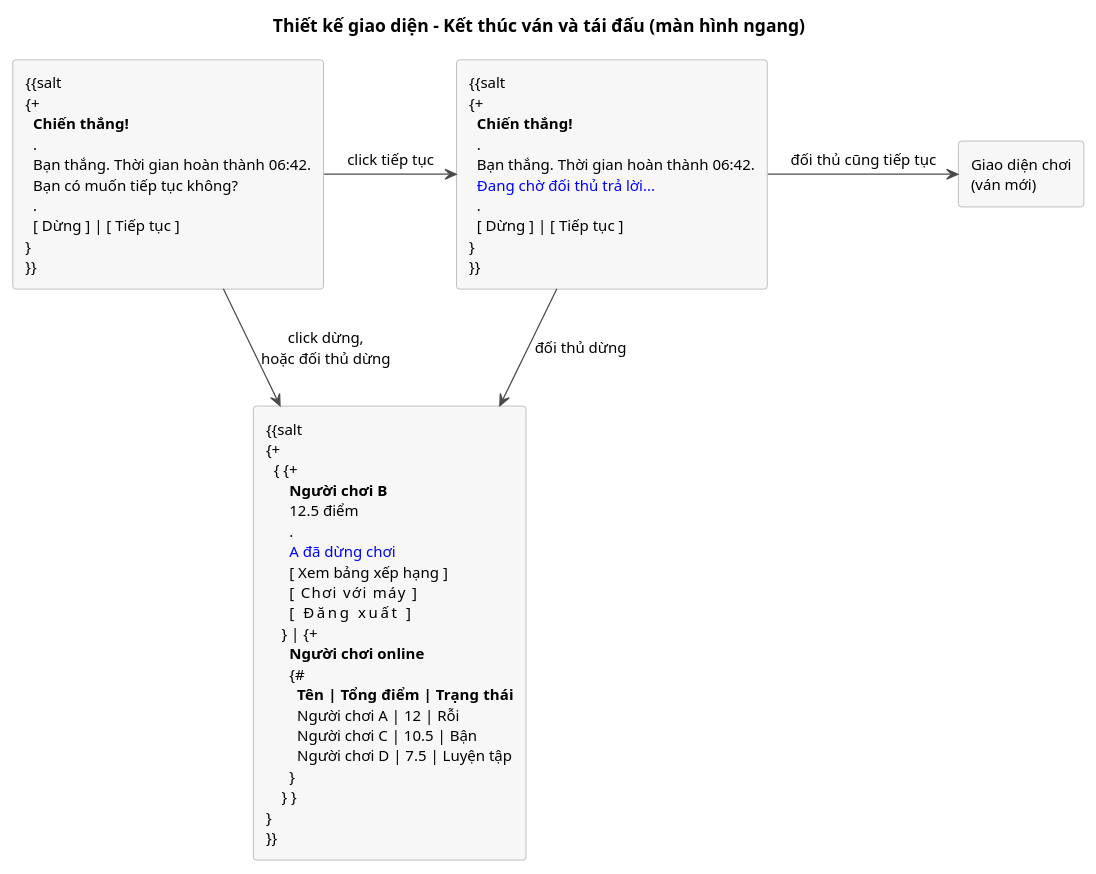
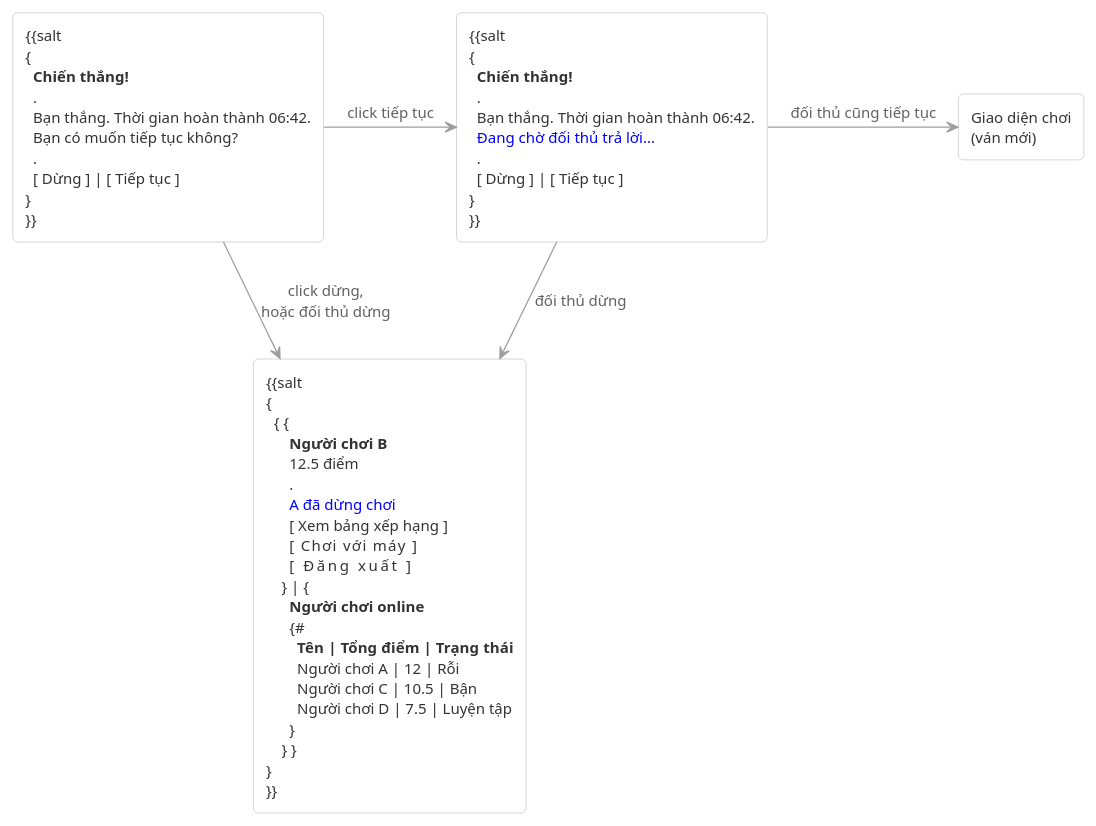
Before and after one commit to VattenL/mobile-pikachu: the diagram in docs/uml/pha3/ui-m4-3.puml, drawn with PlantUML. The commit also changed 14 other files, not shown here.

First line of the commit message:
docs: shorter activity diagrams, minimal wireframes, VP protocol flow

```diff
--- a/docs/uml/pha3/ui-m4-3.puml
+++ b/docs/uml/pha3/ui-m4-3.puml
@@ -1,68 +1,69 @@
 @startuml ui-m4-3
-title Thiết kế giao diện - Kết thúc ván và tái đấu (màn hình ngang)
-
 skinparam shadowing false
 skinparam defaultFontSize 12
-skinparam ArrowColor #4A4A4A
+skinparam defaultFontColor #333333
+skinparam ArrowColor #9E9E9E
+skinparam ArrowFontColor #616161
 skinparam rectangle {
-  BackgroundColor #F7F7F7
-  BorderColor #9E9E9E
+  BackgroundColor #FFFFFF
+  BorderColor #BDBDBD
+  RoundCorner 8
 }
 
 rectangle Result [
 {{salt
-{+
+{
   <b>Chiến thắng!
   .
   Bạn thắng. Thời gian hoàn thành 06:42.
   Bạn có muốn tiếp tục không?
   .
   [ Dừng ] | [ Tiếp tục ]
 }
 }}
 ]
 
 rectangle Wait [
 {{salt
-{+
+{
   <b>Chiến thắng!
   .
   Bạn thắng. Thời gian hoàn thành 06:42.
   <color:blue>Đang chờ đối thủ trả lời...
   .
   [ Dừng ] | [ Tiếp tục ]
 }
 }}
 ]
 
 rectangle Main [
 {{salt
-{+
-  { {+
+{
+  { {
       <b>Người chơi B
       12.5 điểm
       .
       <color:blue>A đã dừng chơi
       [ Xem bảng xếp hạng ]
       [   Chơi với máy    ]
       [     Đăng xuất     ]
-    } | {+
+    } | {
       <b>Người chơi online
       {#
         <b>Tên | <b>Tổng điểm | <b>Trạng thái
         Người chơi A | 12 | Rỗi
         Người chơi C | 10.5 | Bận
         Người chơi D | 7.5 | Luyện tập
       }
     } }
 }
 }}
 ]
 
 rectangle "Giao diện chơi\n(ván mới)" as Match
 
 Result -right-> Wait : click tiếp tục
 Wait -right-> Match : đối thủ cũng tiếp tục
 Result -down-> Main : click dừng,\nhoặc đối thủ dừng
 Wait -down-> Main : đối thủ dừng
 @enduml
```
